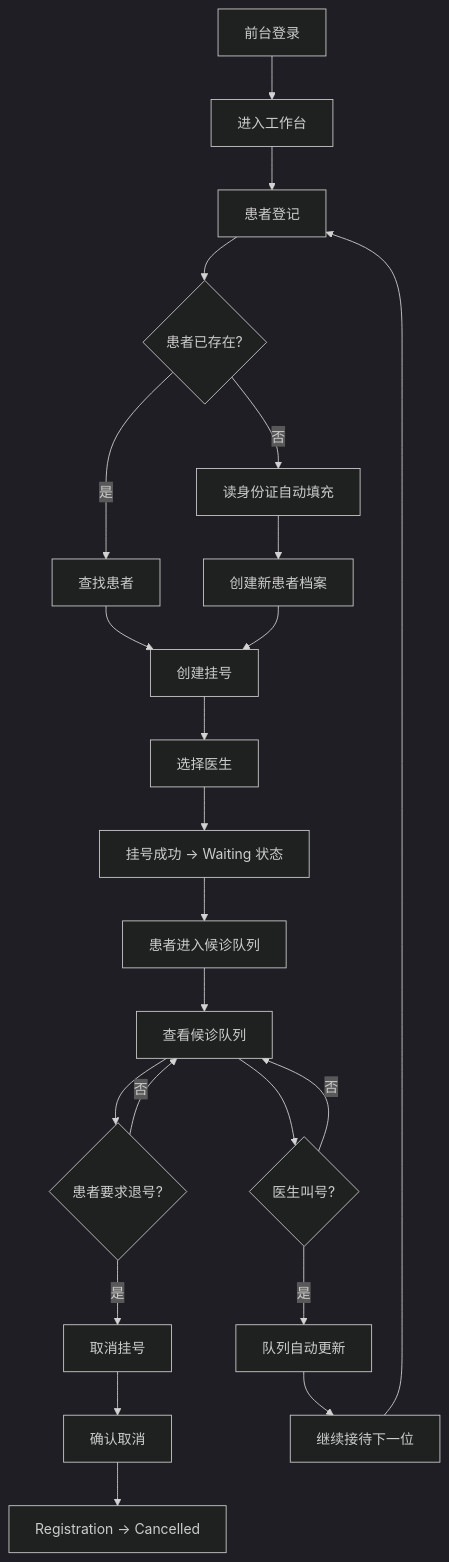
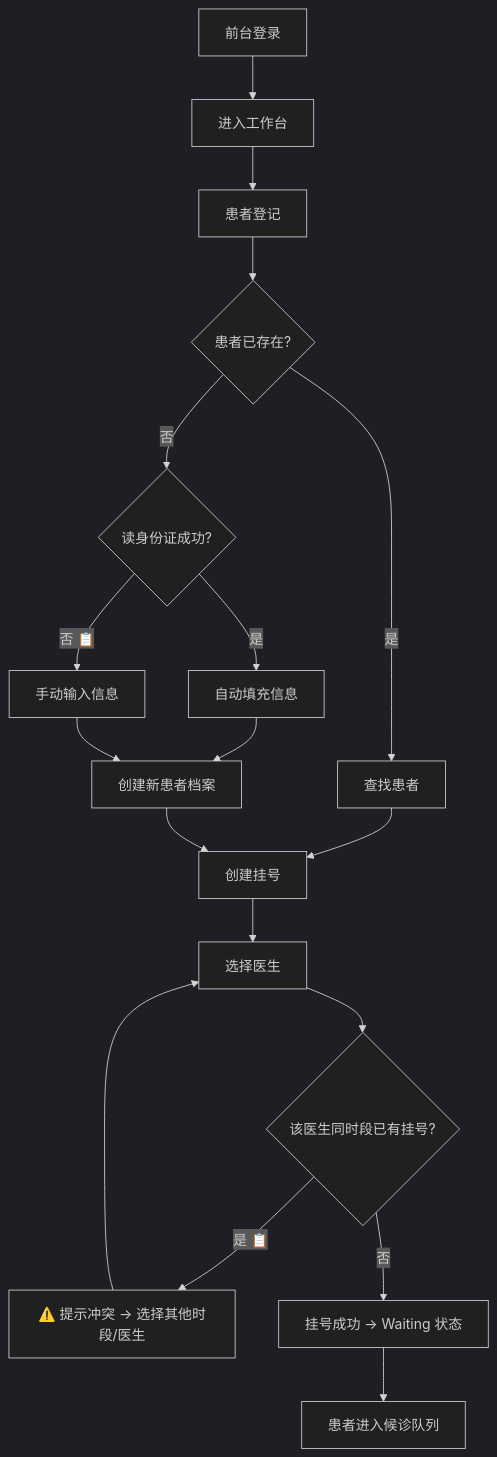
Before and after one commit to shouqitao/LYBTZYZS: the seventh of 8 diagrams in docs/01-product/02-personas.md, drawn with Mermaid (dark theme). The commit also changed other lines of this file and 3 other files, not shown here.

````diff
--- a/docs/01-product/02-personas.md
+++ b/docs/01-product/02-personas.md
@@ -362,31 +305,23 @@
 ```mermaid
 flowchart TD
     A[前台登录] --> B[进入工作台]
 
     B --> C[患者登记]
-    C --> C1{患者已存在?}
-    C1 -->|是| C2[查找患者]
-    C1 -->|否| C3[读身份证自动填充]
-    C3 --> C4[创建新患者档案]
-    C2 --> D[创建挂号]
-    C4 --> D
+    C --> D{患者已存在?}
+    D -->|是| E[查找患者]
+    D -->|否| F{读身份证成功?}
+    F -->|是| G[自动填充信息]
+    F -->|否 📋| H[手动输入信息]
+    G --> I[创建新患者档案]
+    H --> I
+    E --> J[创建挂号]
+    I --> J
 
-    D --> D1[选择医生]
-    D1 --> D2[挂号成功 → Waiting 状态]
-    D2 --> D3[患者进入候诊队列]
+    J --> K[选择医生]
+    K --> L{该医生同时段已有挂号?}
+    L -->|是 📋| M[⚠️ 提示冲突 → 选择其他时段/医生]
+    L -->|否| N[挂号成功 → Waiting 状态]
+    M --> K
 
-    D3 --> E[查看候诊队列]
-    E --> F{患者要求退号?}
-    F -->|是| G[取消挂号]
-    F -->|否| E
-
-    G --> H[确认取消]
-    H --> I[Registration → Cancelled]
-
-    E --> J{医生叫号?}
-    J -->|是| K[队列自动更新]
-    J -->|否| E
-
-    K --> L[继续接待下一位]
-    L --> C
+    N --> O[患者进入候诊队列]
 ```
````
